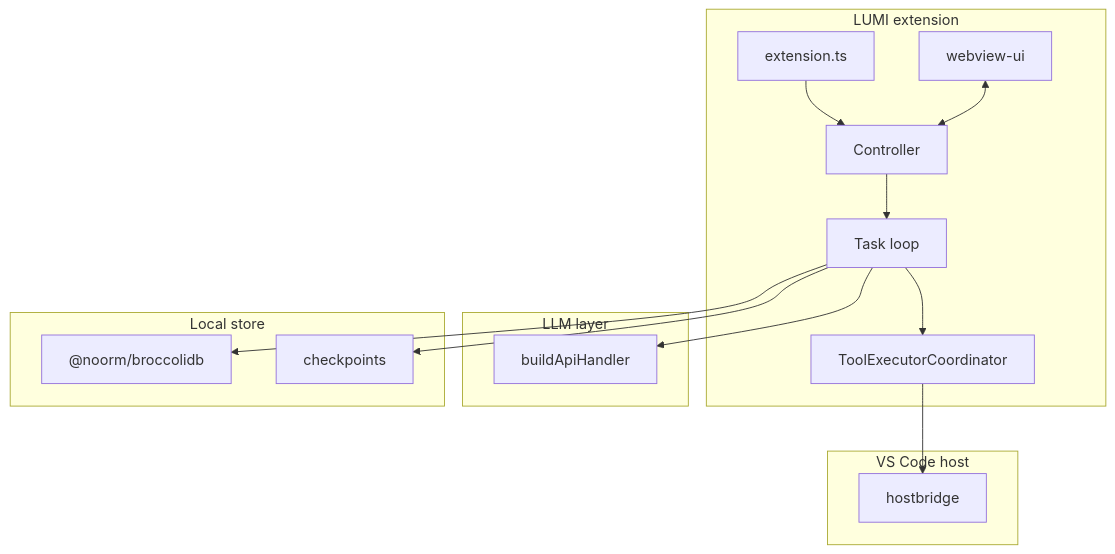
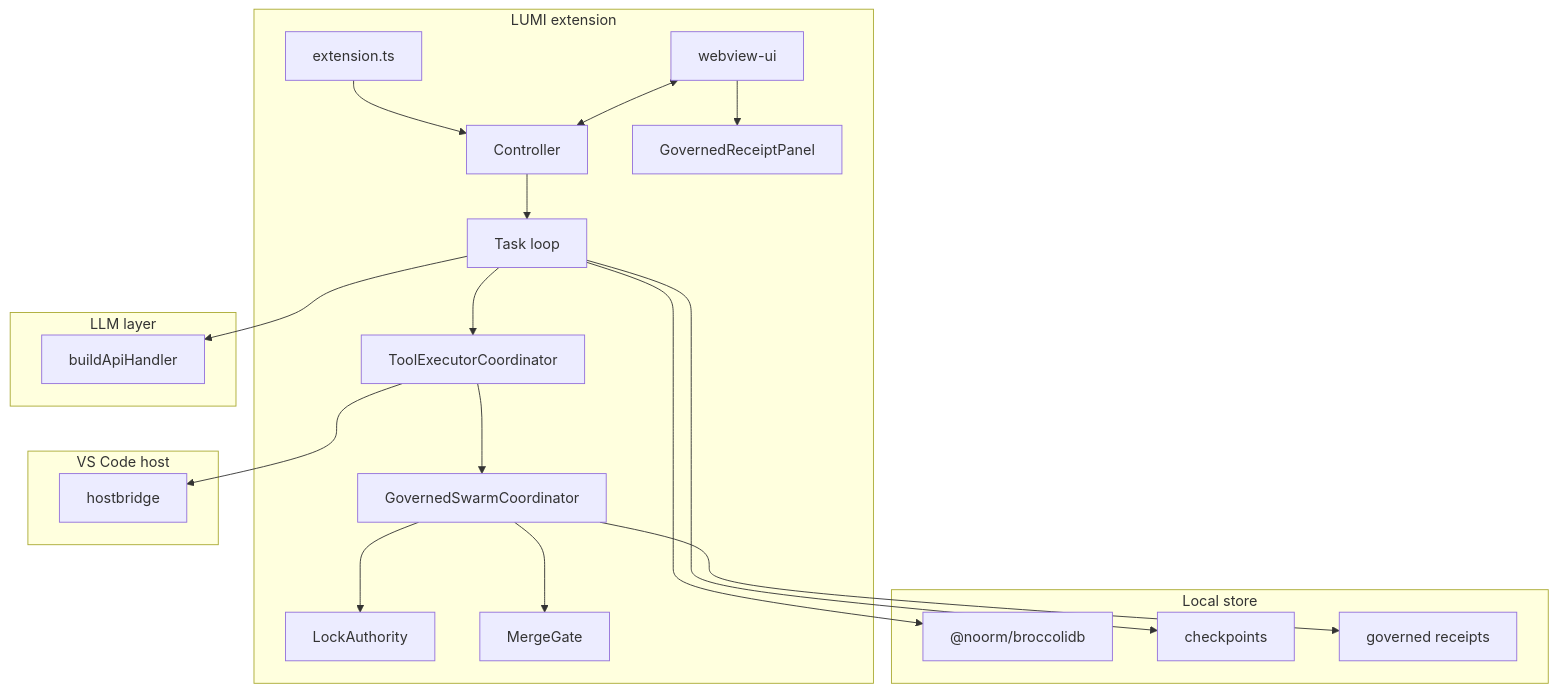
The fourth of 4 diagrams in README.md (CardSorting/LUMI), drawn with Mermaid before and after one commit. The commit also changed other lines of this file and 1 other file, not shown here.

````diff
--- a/README.md
+++ b/README.md
@@ -519,28 +638,37 @@
 ```mermaid
 flowchart TB
   subgraph ext ["LUMI extension"]
     EX[extension.ts]
     WP[webview-ui]
     CT[Controller]
     TK[Task loop]
     TL[ToolExecutorCoordinator]
+    GSC[GovernedSwarmCoordinator]
+    LA[LockAuthority]
+    MG[MergeGate]
     EX --> CT
     WP <--> CT
     CT --> TK
     TK --> TL
+    TL --> GSC
+    GSC --> LA
+    GSC --> MG
+    WP --> GRP[GovernedReceiptPanel]
   end
   subgraph host ["VS Code host"]
     HB[hostbridge]
     TL --> HB
   end
   subgraph llm ["LLM layer"]
     API[buildApiHandler]
     TK --> API
   end
   subgraph store ["Local store"]
     BDB["@noorm/broccolidb"]
     CP[checkpoints]
+    GR[governed receipts]
     TK --> BDB
     TK --> CP
+    GSC --> GR
   end
 ```
````
